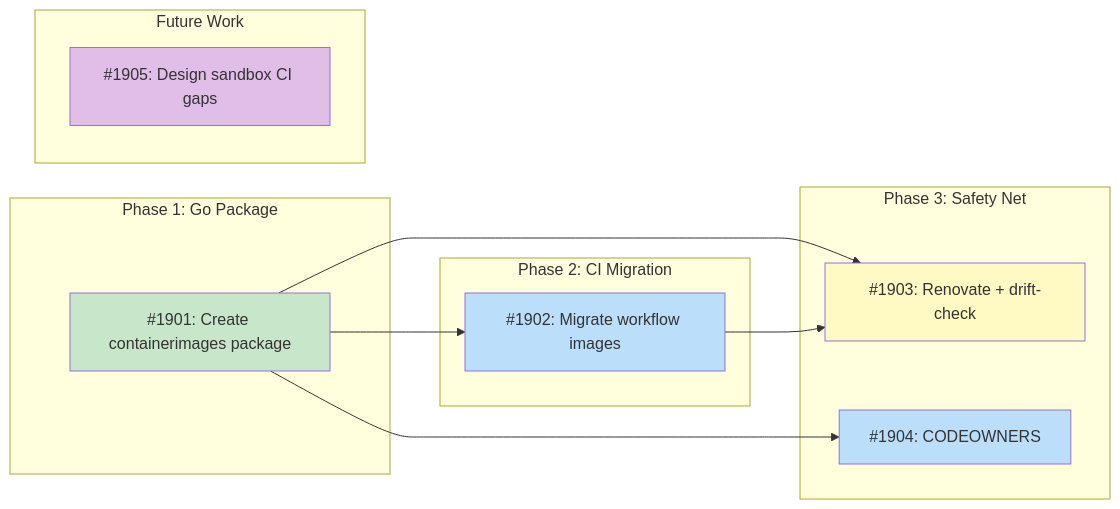
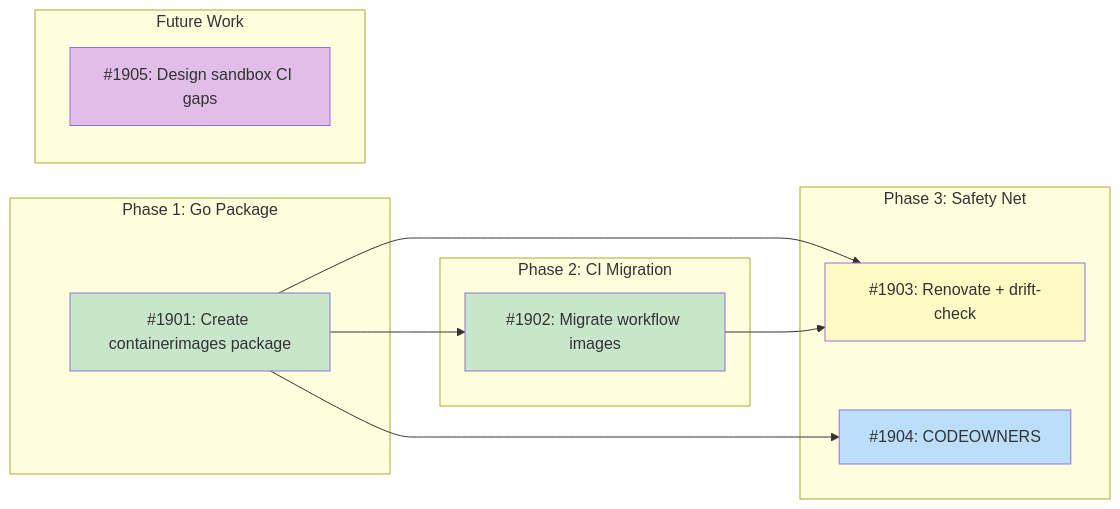
One commit to tsukumogami/tsuku changed the diagram in docs/designs/DESIGN-sandbox-image-unification.md. Above: the diagram before and after it, drawn with Mermaid. The commit also changed other lines of this file and 1 other file, not shown here.

Commit message:
docs(sandbox): mark issue 1902 as done in design doc

````diff
--- a/docs/designs/DESIGN-sandbox-image-unification.md
+++ b/docs/designs/DESIGN-sandbox-image-unification.md
@@ -53,35 +53,36 @@
 ```mermaid
 graph LR
     subgraph Phase1["Phase 1: Go Package"]
         I1901["#1901: Create containerimages package"]
     end
 
     subgraph Phase2["Phase 2: CI Migration"]
         I1902["#1902: Migrate workflow images"]
     end
 
     subgraph Phase3["Phase 3: Safety Net"]
         I1903["#1903: Renovate + drift-check"]
         I1904["#1904: CODEOWNERS"]
     end
 
     subgraph Future["Future Work"]
         I1905["#1905: Design sandbox CI gaps"]
     end
 
     I1901 --> I1902
     I1901 --> I1903
     I1901 --> I1904
     I1902 --> I1903
 
     classDef done fill:#c8e6c9
     classDef ready fill:#bbdefb
     classDef blocked fill:#fff9c4
     classDef needsDesign fill:#e1bee7
     classDef tracksDesign fill:#FFE0B2,stroke:#F57C00,color:#000
 
     class I1901 done
-    class I1902,I1904 ready
+    class I1902 done
+    class I1904 ready
     class I1903 blocked
     class I1905 needsDesign
 ```
````
